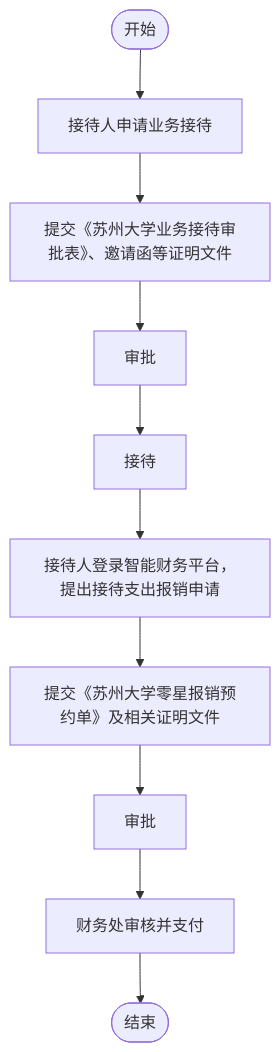
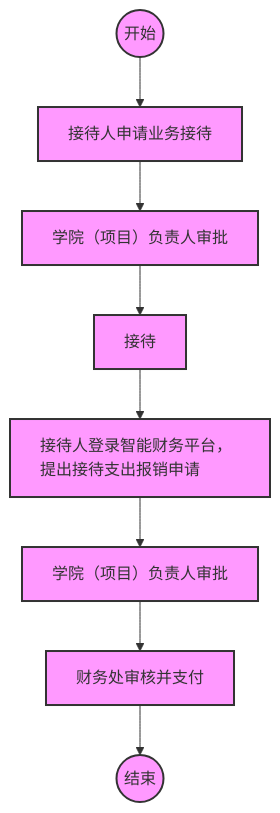
The diagram in outline2flow/mmd_outputs/page_20.mmd (AmyIvan/work1), drawn with Mermaid before and after one commit. The commit also changed 138 other files, not shown here.

```diff
--- a/outline2flow/mmd_outputs/page_20.mmd
+++ b/outline2flow/mmd_outputs/page_20.mmd
@@ -1,10 +1,24 @@
 flowchart TD
-    Start(["开始"]) --> A["接待人申请业务接待"]
-    A --> A1["提交《苏州大学业务接待审批表》、邀请函等证明文件"]
-    A1 --> B["审批"]
-    B --> C["接待"]
-    C --> D["接待人登录智能财务平台，提出接待支出报销申请"]
-    D --> D1["提交《苏州大学零星报销预约单》及相关证明文件"]
-    D1 --> E["审批"]
-    E --> F["财务处审核并支付"]
-    F --> End(["结束"])
+    Start((开始))
+    End((结束))
+    A[接待人申请业务接待]
+    B[学院（项目）负责人审批]
+    C[接待]
+    D[接待人登录智能财务平台，提出接待支出报销申请]
+    E[学院（项目）负责人审批]
+    F[财务处审核并支付]
+
+    Start --> A
+    A --> B
+    B --> C
+    C --> D
+    D --> E
+    E --> F
+    F --> End
+
+    A:::detail
+    D:::detail
+
+    classDef detail text-align:left;
+    classDef default fill:#f9f,stroke:#333,stroke-width:2px;
+    classDef startend fill:#ff9,stroke:#333,stroke-width:2px;
```
